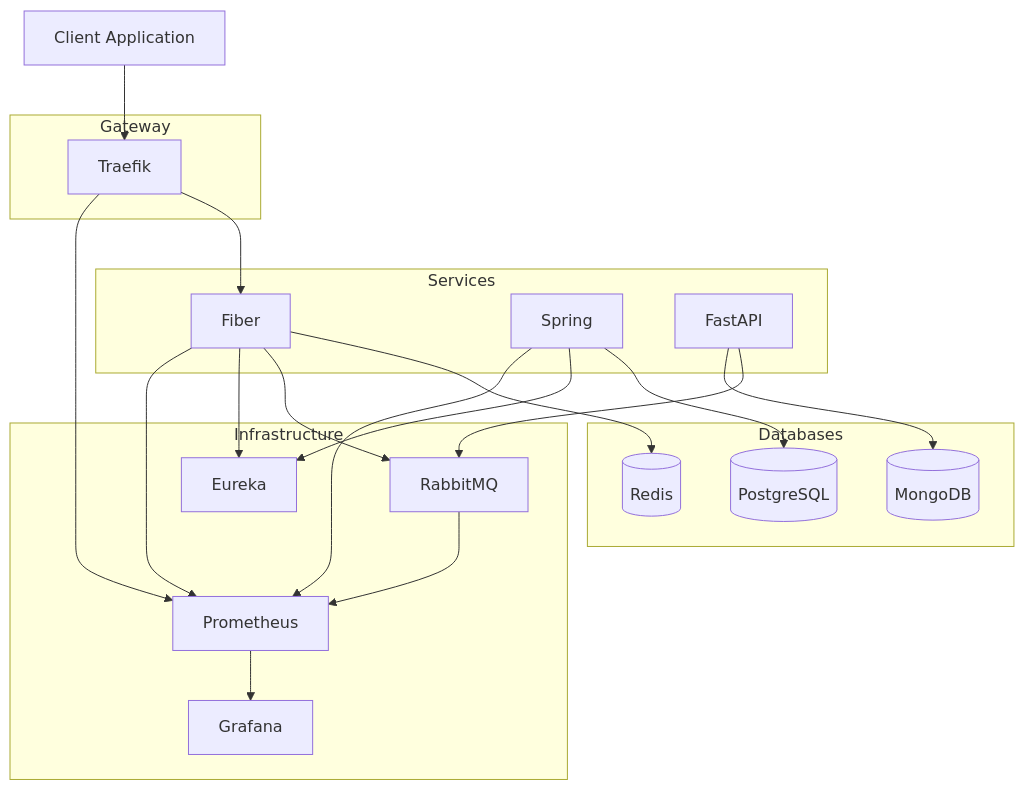
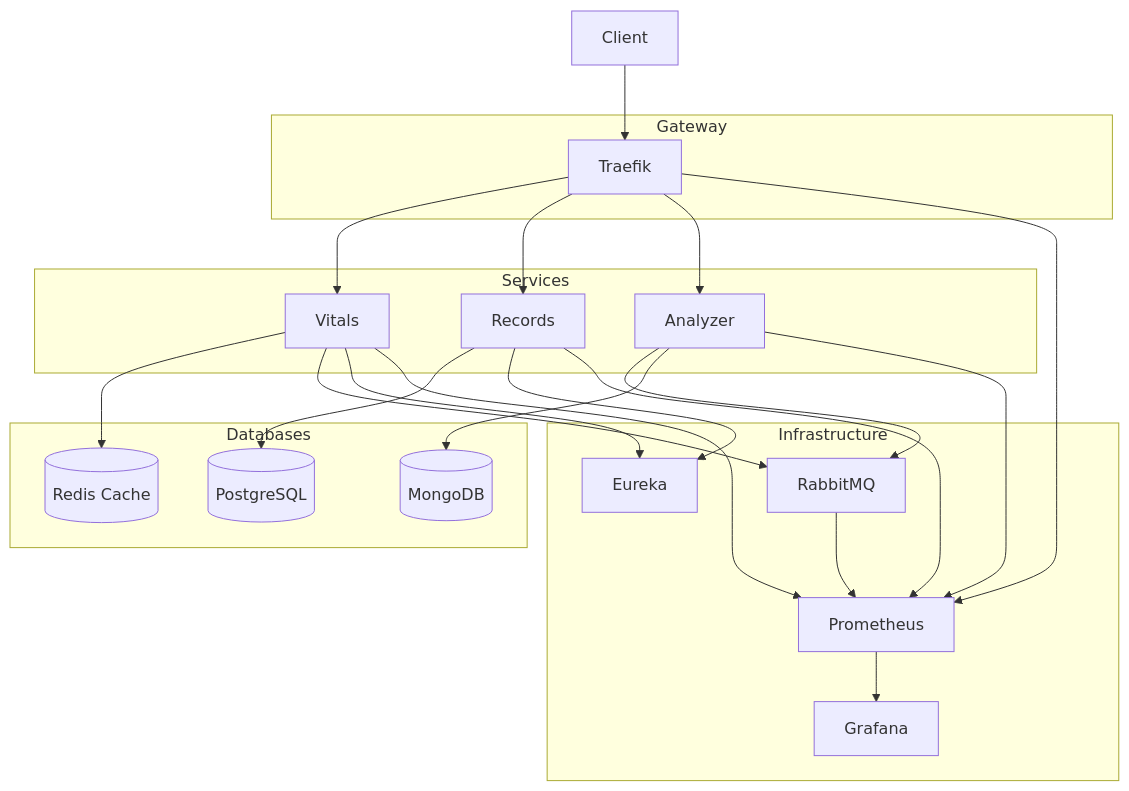
Before and after one commit to GabrielEValenzuela/RefuCare: the diagram in README.md, drawn with Mermaid.

````diff
--- a/README.md
+++ b/README.md
@@ -5,44 +5,55 @@
 ```mermaid
 flowchart TD
     subgraph Gateway
-        Traefik[Traefik]
+        Traefik
     end
 
     subgraph Services
-        Vitals[Fiber]
-        Records[Spring]
-        Analyzer[FastAPI]
+        Vitals
+        Records
+        Analyzer
     end
 
     subgraph Databases
         Postgres[(PostgreSQL)]
         Mongo[(MongoDB)]
-        Redis[(Redis)]
+        Redis[(Redis Cache)]
     end
 
     subgraph Infrastructure
-        Eureka[Eureka]
-        RabbitMQ[RabbitMQ]
-        Prometheus[Prometheus]
-        Grafana[Grafana]
+        Eureka
+        RabbitMQ
+        Prometheus
+        Grafana
     end
 
-    Client[Client Application] --> Traefik
+    %% Client interacts with system
+    Client --> Traefik
+
+    %% Traefik routes to services
     Traefik --> Vitals
+    Traefik --> Records
+    Traefik --> Analyzer
+
+    %% Vitals service interactions
     Vitals --> Redis
+    Vitals --> RabbitMQ
+    Vitals --> Eureka
+    Vitals --> Prometheus
 
+    %% Records service
+    Records --> Postgres
+    Records --> Eureka
+    Records --> Prometheus
 
-    Vitals --> RabbitMQ
+    %% Analyzer service
     Analyzer --> RabbitMQ
-    Records --> Postgres
     Analyzer --> Mongo
+    Analyzer --> Prometheus
 
-    Vitals --> Eureka
-    Records --> Eureka
-
-    Vitals --> Prometheus
-    Records --> Prometheus
+    %% Infrastructure
     Traefik --> Prometheus
     RabbitMQ --> Prometheus
     Prometheus --> Grafana
+
 ```
````
